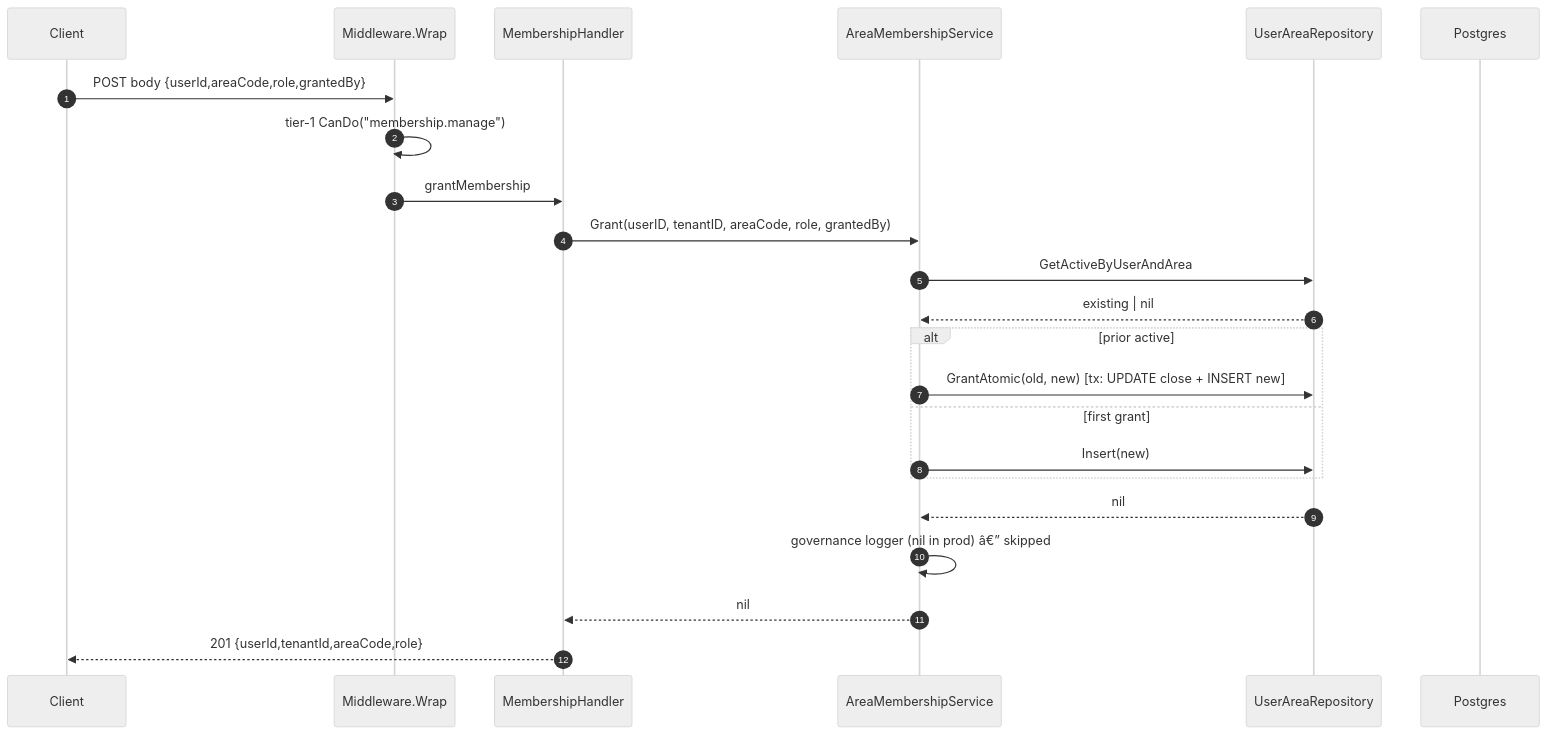
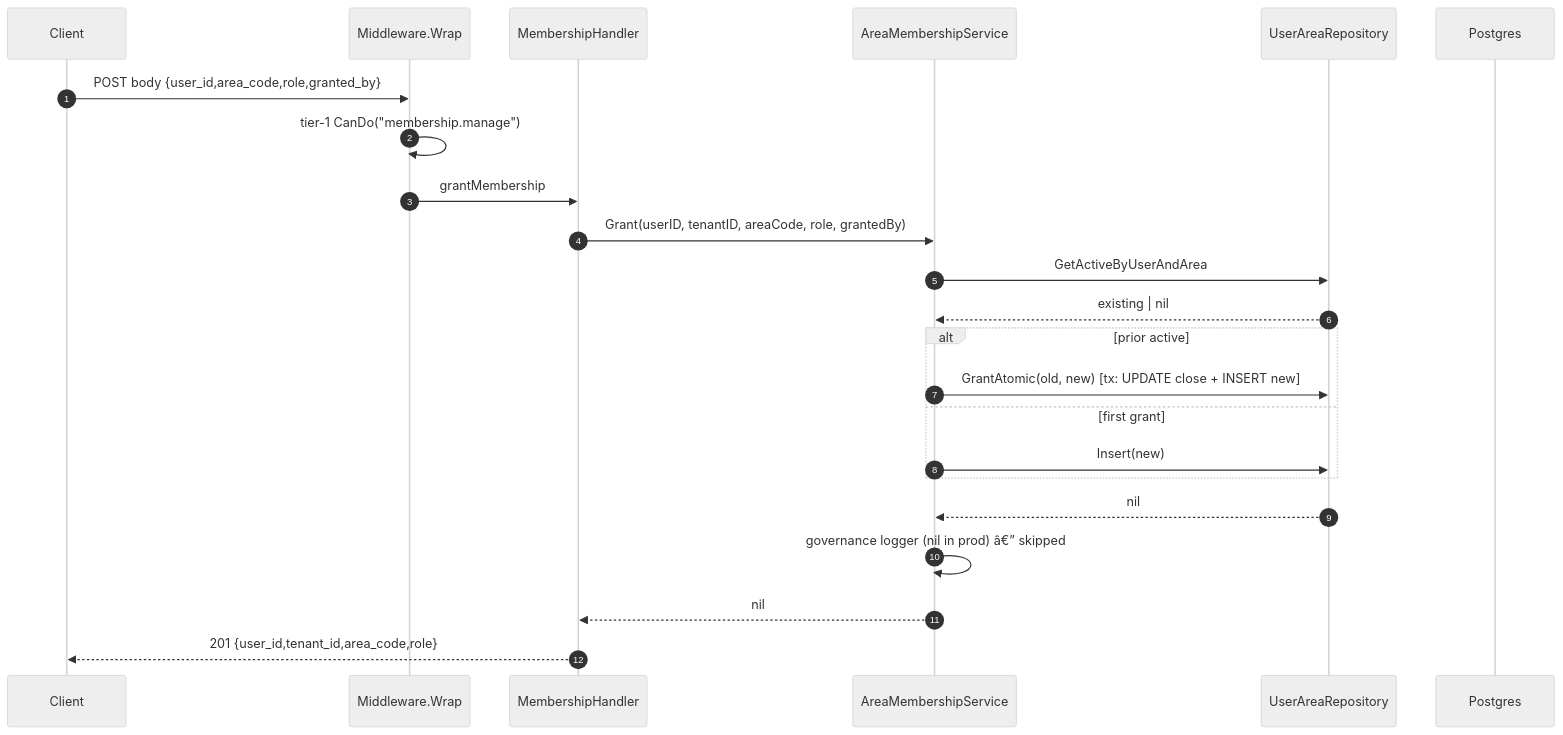
One commit to developmentconexus-ops/MetalDocs changed the fourth of 5 diagrams in wiki/modules/iam.md. Above: the diagram before and after it, drawn with Mermaid (neutral theme). The commit also changed other lines of this file and 123 other files, not shown here.

````diff
--- a/wiki/modules/iam.md
+++ b/wiki/modules/iam.md
@@ -276,25 +276,25 @@
 ```mermaid
 sequenceDiagram
     autonumber
     participant C as Client
     participant MW as Middleware.Wrap
     participant H as MembershipHandler
     participant S as AreaMembershipService
     participant R as UserAreaRepository
     participant DB as Postgres
-    C->>MW: POST body {userId,areaCode,role,grantedBy}
+    C->>MW: POST body {user_id,area_code,role,granted_by}
     MW->>MW: tier-1 CanDo("membership.manage")
     MW->>H: grantMembership
     H->>S: Grant(userID, tenantID, areaCode, role, grantedBy)
     S->>R: GetActiveByUserAndArea
     R-->>S: existing | nil
     alt prior active
         S->>R: GrantAtomic(old, new) [tx: UPDATE close + INSERT new]
     else first grant
         S->>R: Insert(new)
     end
     R-->>S: nil
     S->>S: governance logger (nil in prod) â€” skipped
     S-->>H: nil
-    H-->>C: 201 {userId,tenantId,areaCode,role}
+    H-->>C: 201 {user_id,tenant_id,area_code,role}
 ```
````
